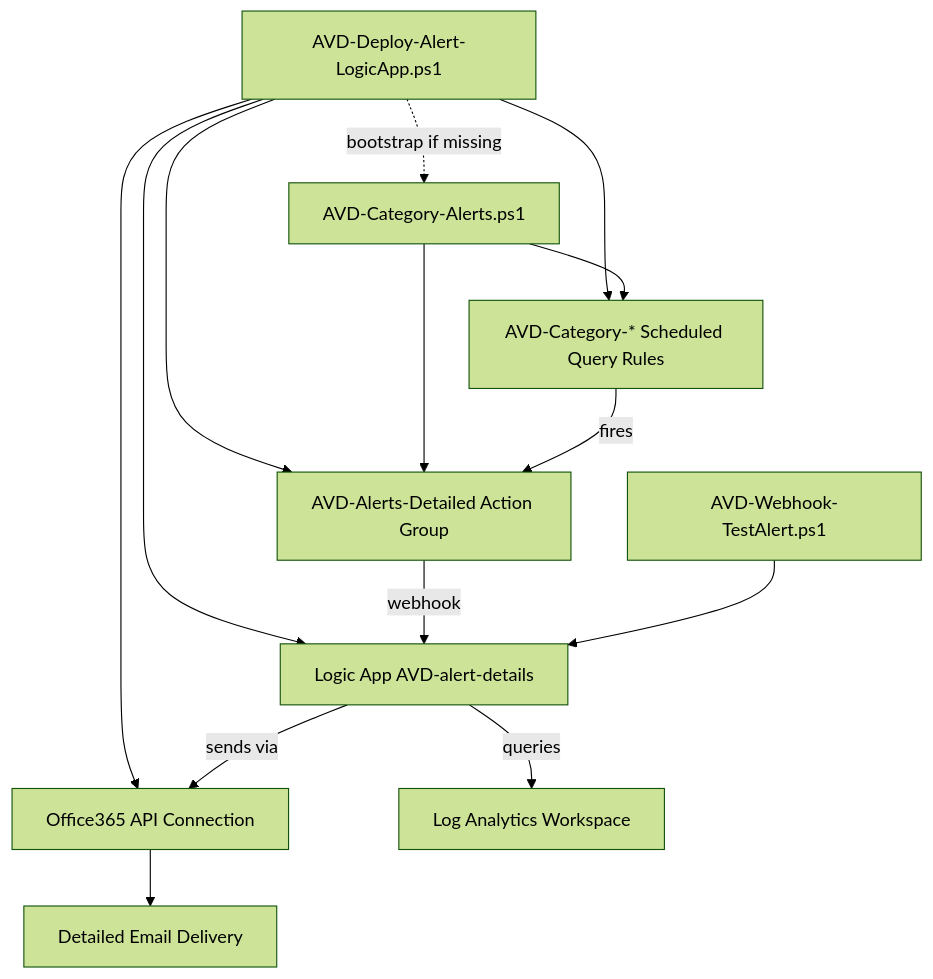
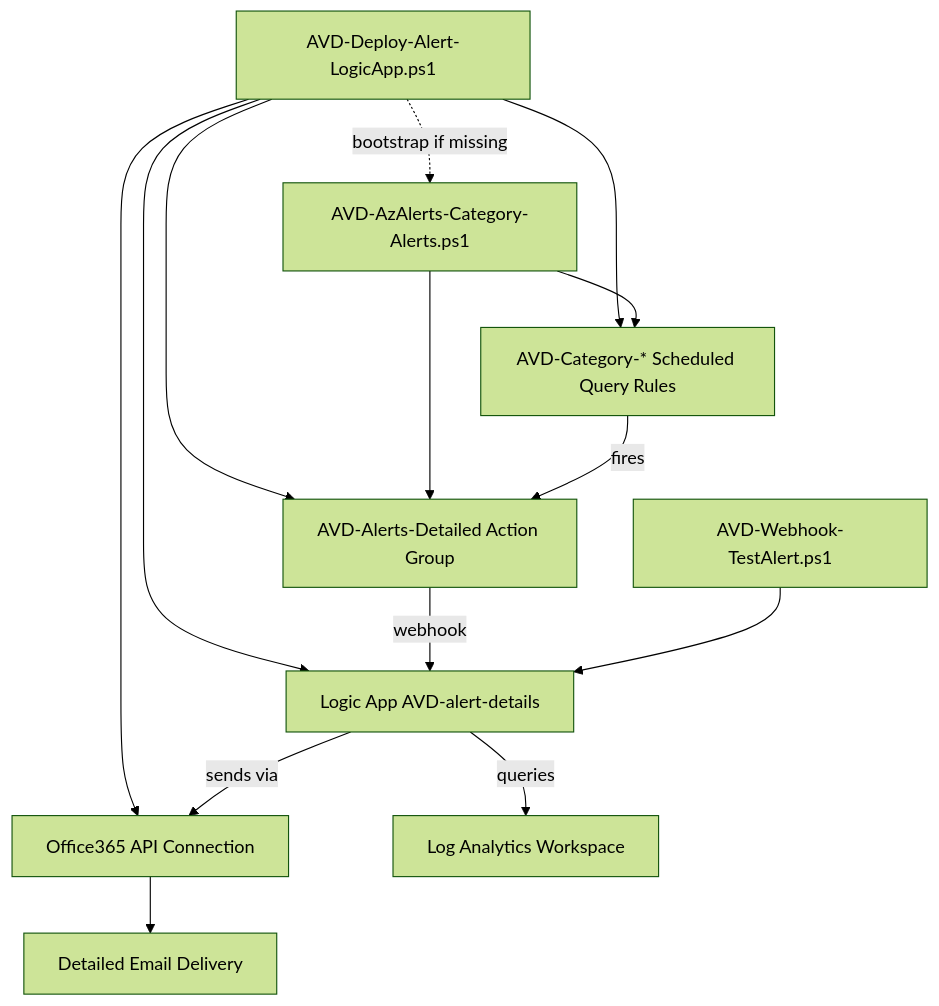
One commit to AzaryaShaulov/AVD changed the diagram in AVD-AzAlerts/README.md. Above: the diagram before and after it, drawn with Mermaid (forest theme). The commit also changed other lines of this file and 19 other files, not shown here.

````diff
--- a/AVD-AzAlerts/README.md
+++ b/AVD-AzAlerts/README.md
@@ -46,19 +46,19 @@
 ```mermaid
 flowchart TD
   D[AVD-Deploy-Alert-LogicApp.ps1] --> LA[Logic App AVD-alert-details]
   D --> O365[Office365 API Connection]
   D --> AG[AVD-Alerts-Detailed Action Group]
-  D -.bootstrap if missing.-> R[AVD-Category-Alerts.ps1]
+  D -.bootstrap if missing.-> R[AVD-AzAlerts-Category-Alerts.ps1]
   D --> SQ
 
   R --> SQ[AVD-Category-* Scheduled Query Rules]
   R --> AG
 
   SQ -- fires --> AG
   AG -- webhook --> LA
   LA -- queries --> LAW[Log Analytics Workspace]
   LA -- sends via --> O365
   O365 --> M[Detailed Email Delivery]
 
   T[AVD-Webhook-TestAlert.ps1] --> LA
 ```
````
